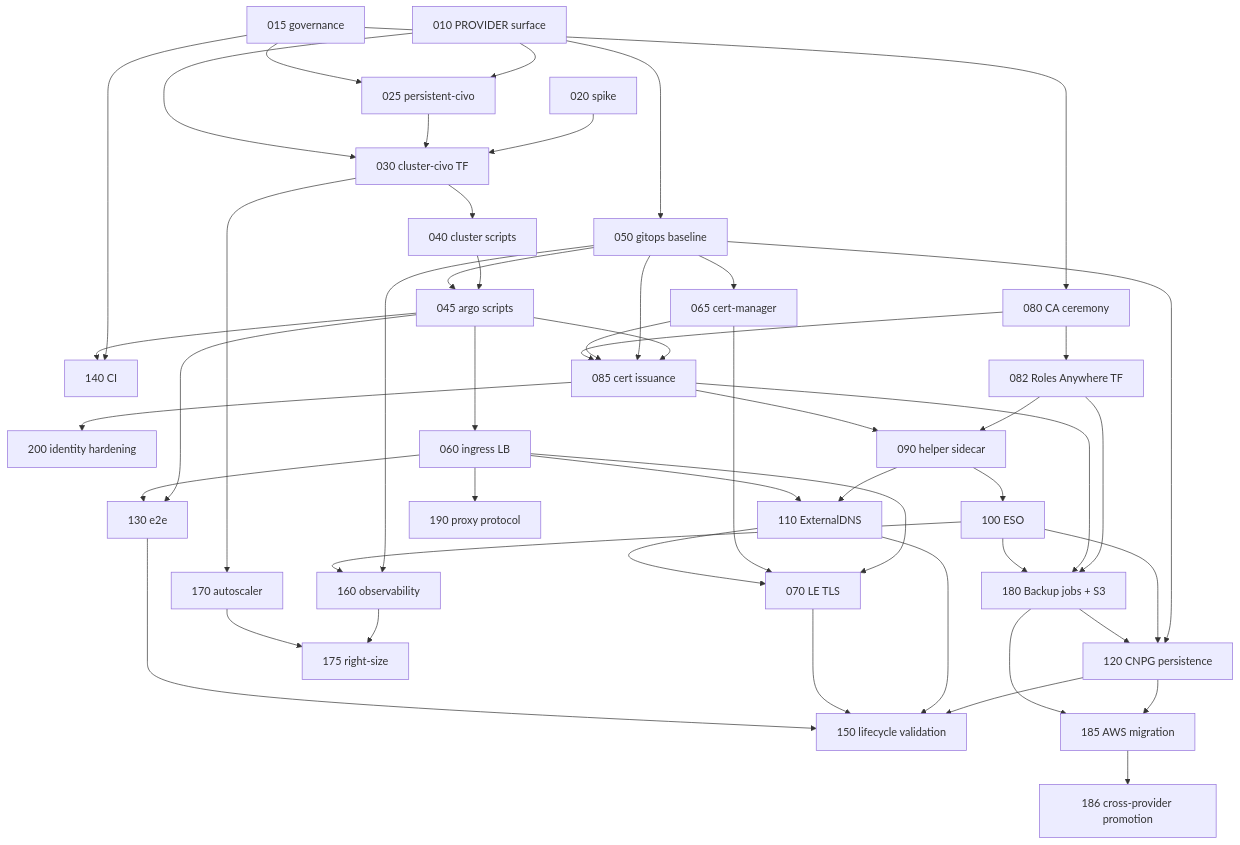
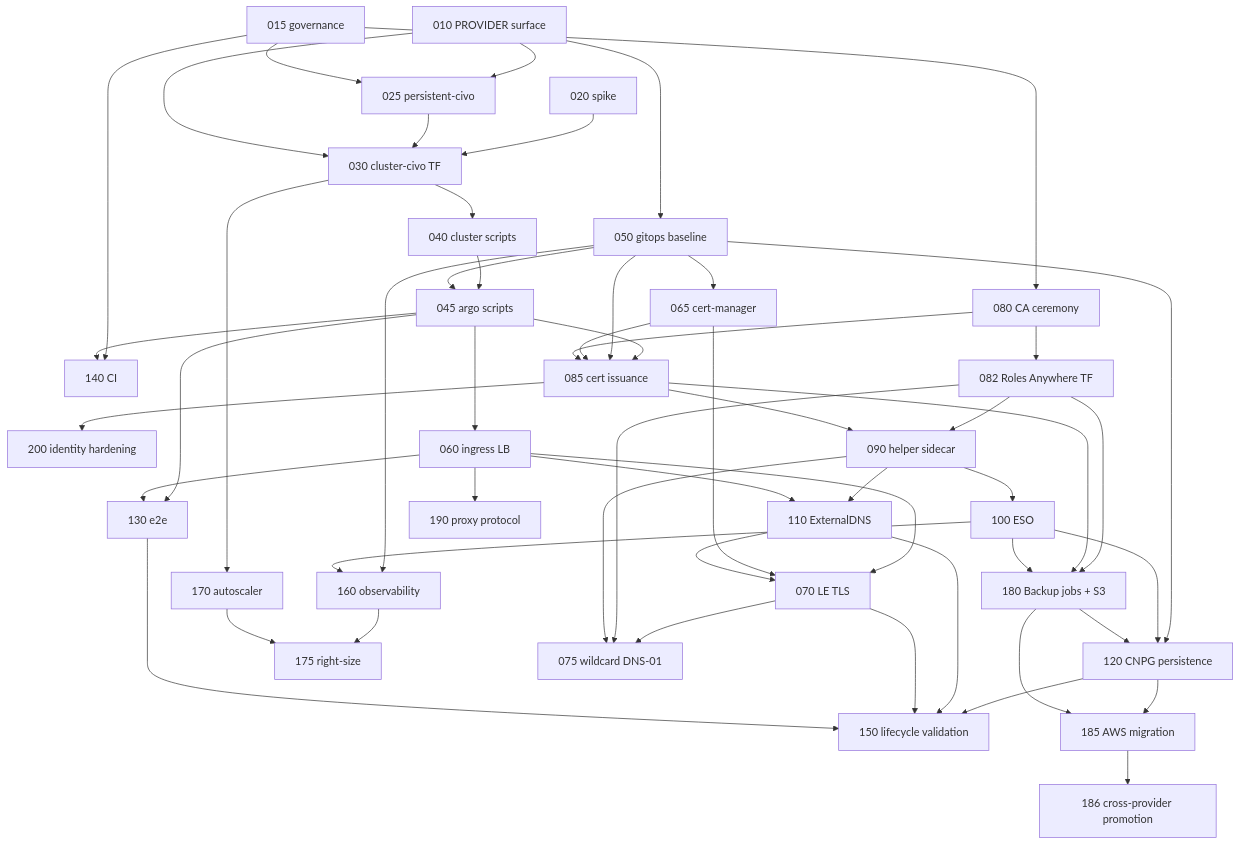
Before and after one commit to savak1990/vk-lab-platform: the diagram in specs/civo/roadmap.md, drawn with Mermaid. The commit also changed other lines of this file and 2 other files, not shown here.

Commit message:
civo-075: add spec - wildcard public TLS through DNS-01 on Civo
Mirrors the AWS ACM shape (apex + wildcard) with a fourth Roles Anywhere
consumer for cert-manager, scoped to TXT records in the civo zone. READY;
depends on 070, 082, 090.

Claude-Session: https://claude.ai/code/session_01Xf1j66yKAhL57VEiMvx6L7

````diff
--- a/specs/civo/roadmap.md
+++ b/specs/civo/roadmap.md
@@ -13,52 +13,55 @@
 ```mermaid
 flowchart TD
   010[010 PROVIDER surface] --> 025[025 persistent-civo]
   015[015 governance] --> 025
   015 --> 080[080 CA ceremony]
   015 --> 140[140 CI]
   020[020 spike] --> 030[030 cluster-civo TF]
   025 --> 030
   010 --> 030
   010 --> 050[050 gitops baseline]
   030 --> 040[040 cluster scripts]
   030 --> 170[170 autoscaler]
   040 --> 045[045 argo scripts]
   050 --> 045
   045 --> 060[060 ingress LB]
   050 --> 065[065 cert-manager]
   080 --> 082[082 Roles Anywhere TF]
   045 --> 085[085 cert issuance]
   050 --> 085
   065 --> 085
   080 --> 085
   082 --> 090[090 helper sidecar]
   085 --> 090
   090 --> 100[100 ESO]
   090 --> 110[110 ExternalDNS]
   060 --> 110
   060 --> 070[070 LE TLS]
   065 --> 070
   110 --> 070
   082 --> 180[180 Backup jobs + S3]
   085 --> 180
   100 --> 180
   050 --> 120[120 CNPG persistence]
   100 --> 120
   180 --> 120
   120 --> 185[185 AWS migration]
   180 --> 185
   185 --> 186[186 cross-provider promotion]
   045 --> 130[130 e2e]
   060 --> 130
   045 --> 140
   050 --> 160[160 observability]
   100 --> 160
   120 --> 150[150 lifecycle validation]
   110 --> 150
   070 --> 150
+  070 --> 075[075 wildcard DNS-01]
+  082 --> 075
+  090 --> 075
   130 --> 150
   160 --> 175[175 right-size]
   170 --> 175
   060 --> 190[190 proxy protocol]
   085 --> 200[200 identity hardening]
 ```
````
